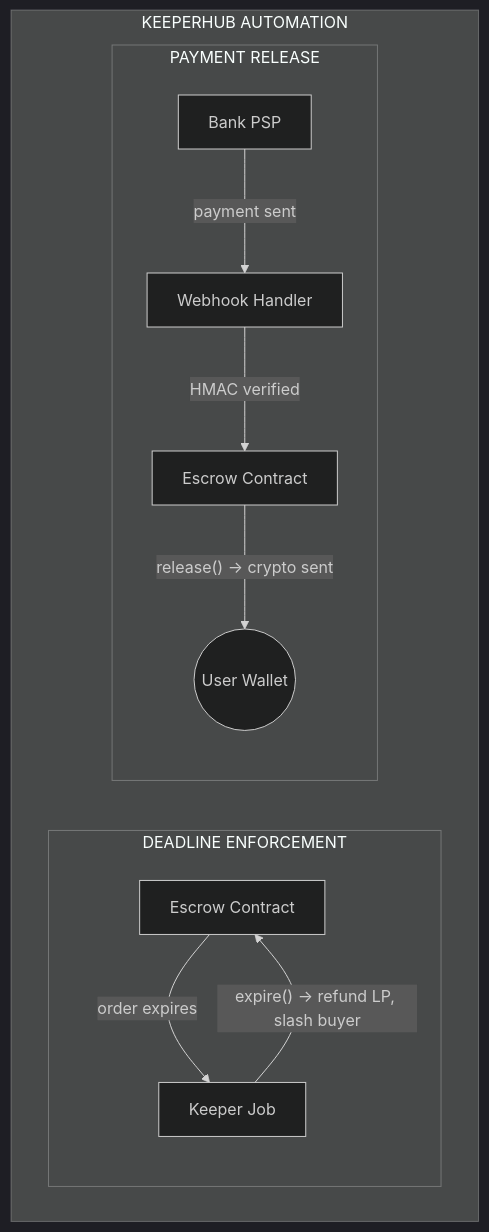
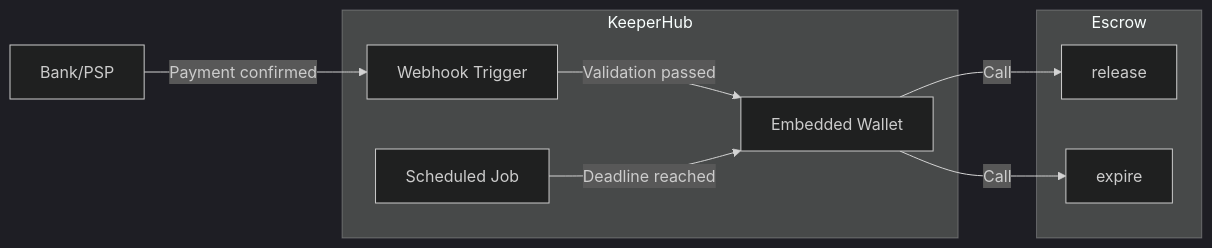
Before and after one commit to arko05roy/Aegis: the fourth of 4 diagrams in README.md, drawn with Mermaid (dark theme). The commit also changed other lines of this file, not shown here.

First line of the commit message:
docs: rewrite README with clear settlement flow and sponsor sections

````diff
--- a/README.md
+++ b/README.md
@@ -191,15 +153,20 @@
 ```mermaid
-flowchart TB
-    subgraph KH["KEEPERHUB AUTOMATION"]
-        subgraph DE["DEADLINE ENFORCEMENT"]
-            E1[Escrow Contract] -->|order expires| K1[Keeper Job]
-            K1 -->|"expire() → refund LP, slash buyer"| E1
-        end
-        
-        subgraph PR["PAYMENT RELEASE"]
-            B1[Bank PSP] -->|payment sent| W1[Webhook Handler]
-            W1 -->|HMAC verified| E2[Escrow Contract]
-            E2 -->|"release() → crypto sent"| User((User Wallet))
-        end
+flowchart LR
+    subgraph KH["KeeperHub"]
+        W[Webhook Trigger]
+        S[Scheduled Job]
+        EW[Embedded Wallet]
     end
+    
+    subgraph Contract["Escrow"]
+        R[release]
+        X[expire]
+    end
+    
+    B[Bank/PSP] -->|Payment confirmed| W
+    W -->|Validation passed| EW
+    EW -->|Call| R
+    
+    S -->|Deadline reached| EW
+    EW -->|Call| X
 ```
````
